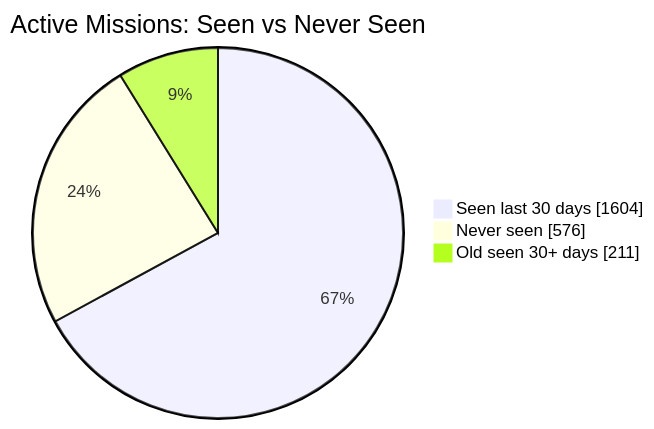
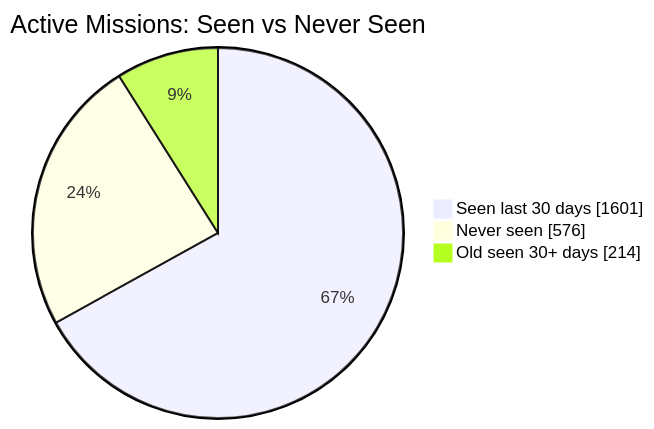
Before and after one commit to MeldkamerspelGameTeam/active-missions: the first of 2 diagrams in README.md, drawn with Mermaid. The commit also changed other lines of this file and 3 other files, not shown here.

````diff
--- a/README.md
+++ b/README.md
@@ -34,7 +34,7 @@
 ```mermaid
 pie showData
     title Active Missions: Seen vs Never Seen
-    "Seen last 30 days" : 1604
+    "Seen last 30 days" : 1601
     "Never seen" : 576
-    "Old seen 30+ days" : 211
+    "Old seen 30+ days" : 214
 ```
````
